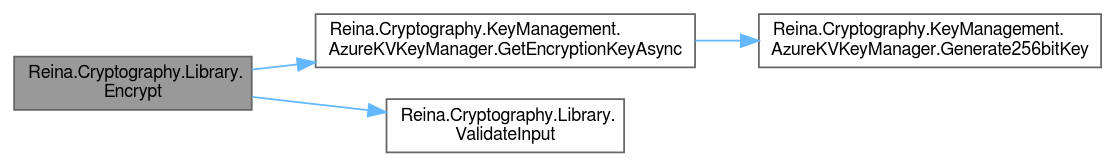
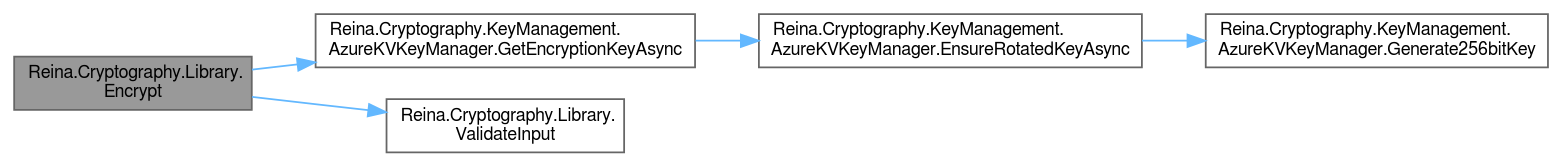
One commit to fkitsantas/Reina.Cryptography changed the diagram in class_reina_1_1_cryptography_1_1_library_ab51581b077aa84ccfcfd9b753dd897e6_cgraph.dot. Above: the diagram before and after it, drawn with Graphviz. The commit also changed 76 other files, not shown here.

```diff
--- a/class_reina_1_1_cryptography_1_1_library_ab51581b077aa84ccfcfd9b753dd897e6_cgraph.dot
+++ b/class_reina_1_1_cryptography_1_1_library_ab51581b077aa84ccfcfd9b753dd897e6_cgraph.dot
@@ -1,15 +1,17 @@
 digraph "Reina.Cryptography.Library.Encrypt"
 {
  // LATEX_PDF_SIZE
   bgcolor="transparent";
   edge [fontname=FreeSans,fontsize=10,labelfontname=FreeSans,labelfontsize=10];
   node [fontname=FreeSans,fontsize=10,shape=box,height=0.2,width=0.4];
   rankdir="LR";
   Node1 [id="Node000001",label="Reina.Cryptography.Library.\lEncrypt",height=0.2,width=0.4,color="gray40", fillcolor="grey60", style="filled", fontcolor="black",tooltip="Encrypts a plaintext string using three distinct keys for Twofish, Serpent, and AES encryption algori..."];
   Node1 -> Node2 [id="edge1_Node000001_Node000002",color="steelblue1",style="solid",tooltip=" "];
-  Node2 [id="Node000002",label="Reina.Cryptography.KeyManagement.\lAzureKVKeyManager.GetEncryptionKeyAsync",height=0.2,width=0.4,color="grey40", fillcolor="white", style="filled",URL="$class_reina_1_1_cryptography_1_1_key_management_1_1_azure_k_v_key_manager.html#a48457dd60e2243549a799ebaa8008ed5",tooltip="Asynchronously retrieves an encryption key from Azure Key Vault or the local cache."];
+  Node2 [id="Node000002",label="Reina.Cryptography.KeyManagement.\lAzureKVKeyManager.GetEncryptionKeyAsync",height=0.2,width=0.4,color="grey40", fillcolor="white", style="filled",URL="$class_reina_1_1_cryptography_1_1_key_management_1_1_azure_k_v_key_manager.html#a8cc7bef1fdb0aba8eb4bab50d5cbb023",tooltip="Asynchronously retrieves an encryption key from Azure Key Vault or the local cache."];
   Node2 -> Node3 [id="edge2_Node000002_Node000003",color="steelblue1",style="solid",tooltip=" "];
-  Node3 [id="Node000003",label="Reina.Cryptography.KeyManagement.\lAzureKVKeyManager.Generate256bitKey",height=0.2,width=0.4,color="grey40", fillcolor="white", style="filled",URL="$class_reina_1_1_cryptography_1_1_key_management_1_1_azure_k_v_key_manager.html#aa6d24f34039e3f3a396f2d00c5beeaaa",tooltip="Generates a new 256-bit cryptographic key."];
-  Node1 -> Node4 [id="edge3_Node000001_Node000004",color="steelblue1",style="solid",tooltip=" "];
-  Node4 [id="Node000004",label="Reina.Cryptography.Library.\lValidateInput",height=0.2,width=0.4,color="grey40", fillcolor="white", style="filled",URL="$class_reina_1_1_cryptography_1_1_library.html#ac5f3c144003488e101820b42d493ad1f",tooltip="Validates the input string and key names, ensuring they are not null or empty and adhere to the expec..."];
+  Node3 [id="Node000003",label="Reina.Cryptography.KeyManagement.\lAzureKVKeyManager.EnsureRotatedKeyAsync",height=0.2,width=0.4,color="grey40", fillcolor="white", style="filled",URL="$class_reina_1_1_cryptography_1_1_key_management_1_1_azure_k_v_key_manager.html#abca540502dc71b012ede463584bf63f2",tooltip="Ensures that a cryptographic key is present and rotated if necessary based on the configured threshol..."];
+  Node3 -> Node4 [id="edge3_Node000003_Node000004",color="steelblue1",style="solid",tooltip=" "];
+  Node4 [id="Node000004",label="Reina.Cryptography.KeyManagement.\lAzureKVKeyManager.Generate256bitKey",height=0.2,width=0.4,color="grey40", fillcolor="white", style="filled",URL="$class_reina_1_1_cryptography_1_1_key_management_1_1_azure_k_v_key_manager.html#aa6d24f34039e3f3a396f2d00c5beeaaa",tooltip="Generates a new 256-bit cryptographic key."];
+  Node1 -> Node5 [id="edge4_Node000001_Node000005",color="steelblue1",style="solid",tooltip=" "];
+  Node5 [id="Node000005",label="Reina.Cryptography.Library.\lValidateInput",height=0.2,width=0.4,color="grey40", fillcolor="white", style="filled",URL="$class_reina_1_1_cryptography_1_1_library.html#ac5f3c144003488e101820b42d493ad1f",tooltip="Validates the input string and key names, ensuring they are not null or empty and adhere to the expec..."];
 }
```
